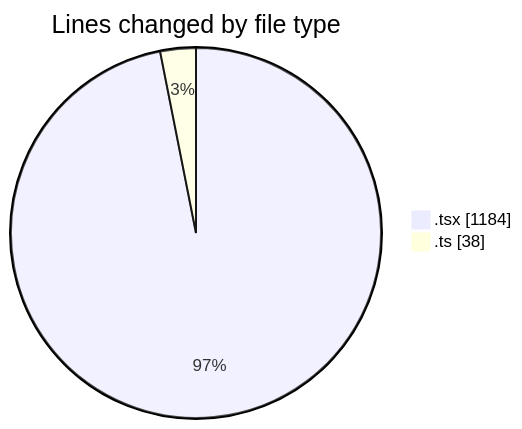
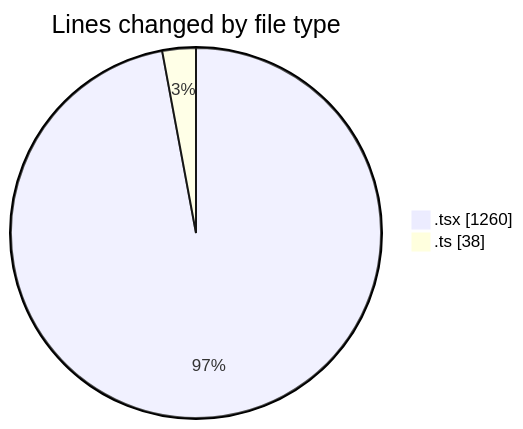
The first of 2 diagrams in 2025-02-11/cda/README.md (momahboobian/code-tracking), drawn with Mermaid before and after one commit. The commit also changed other lines of this file and 1 other file, not shown here.

````diff
--- a/2025-02-11/cda/README.md
+++ b/2025-02-11/cda/README.md
@@ -23,6 +23,6 @@
 ```mermaid
 pie showData
 title Lines changed by file type
-".tsx" : 1184
+".tsx" : 1260
 ".ts" : 38
 ```
````
